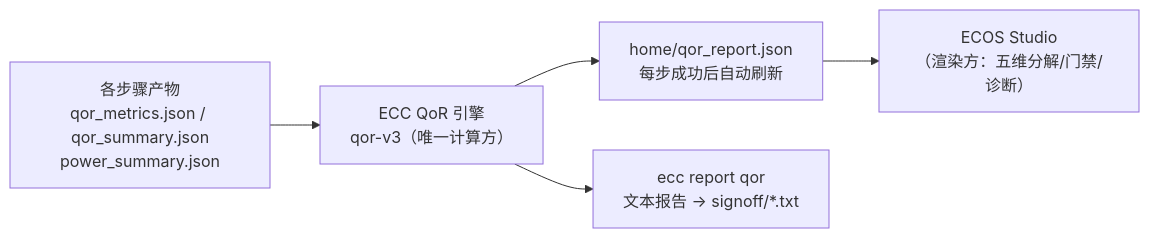
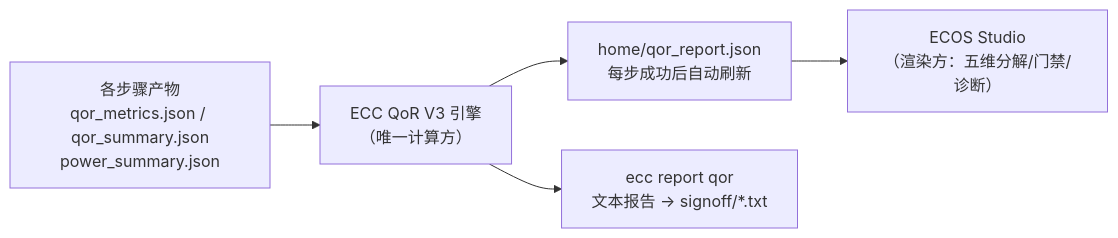
Before and after one commit to openecos-projects/ecc: the diagram in chipcompiler/docs/ecc-qor-ref.cn.md, drawn with Mermaid. The commit also changed other lines of this file and 1 other file, not shown here.

Commit message:
docs(qor): unify version naming to V3 and drop internal references

````diff
--- a/chipcompiler/docs/ecc-qor-ref.cn.md
+++ b/chipcompiler/docs/ecc-qor-ref.cn.md
@@ -11,7 +11,7 @@
 ```mermaid
 graph LR
-    A["各步骤产物<br/>qor_metrics.json / qor_summary.json<br/>power_summary.json"] --> B["ECC QoR 引擎<br/>qor-v3（唯一计算方）"]
+    A["各步骤产物<br/>qor_metrics.json / qor_summary.json<br/>power_summary.json"] --> B["ECC QoR V3 引擎<br/>（唯一计算方）"]
     B --> C["home/qor_report.json<br/>每步成功后自动刷新"]
     C --> D["ECOS Studio<br/>（渲染方：五维分解/门禁/诊断）"]
     B --> E["ecc report qor<br/>文本报告 → signoff/*.txt"]
 ```
````
